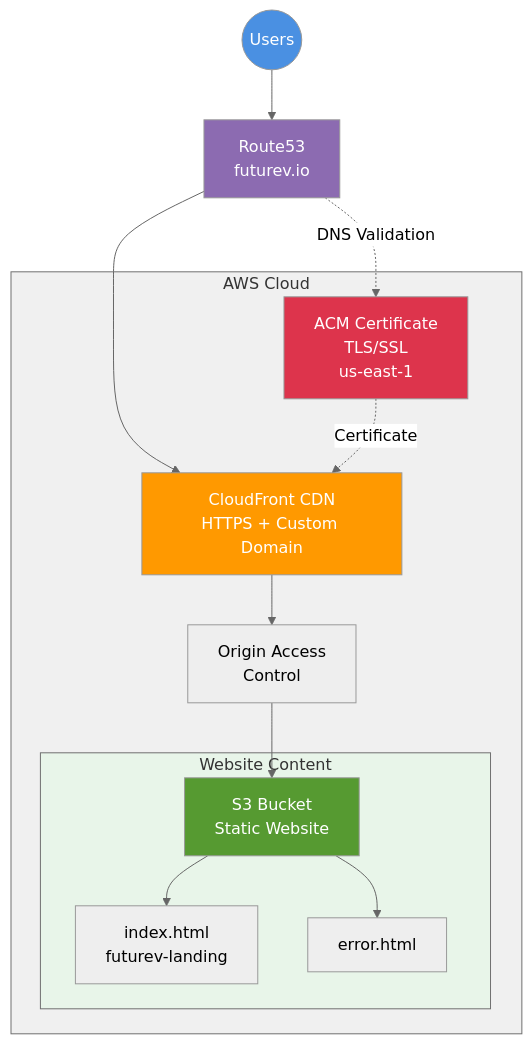
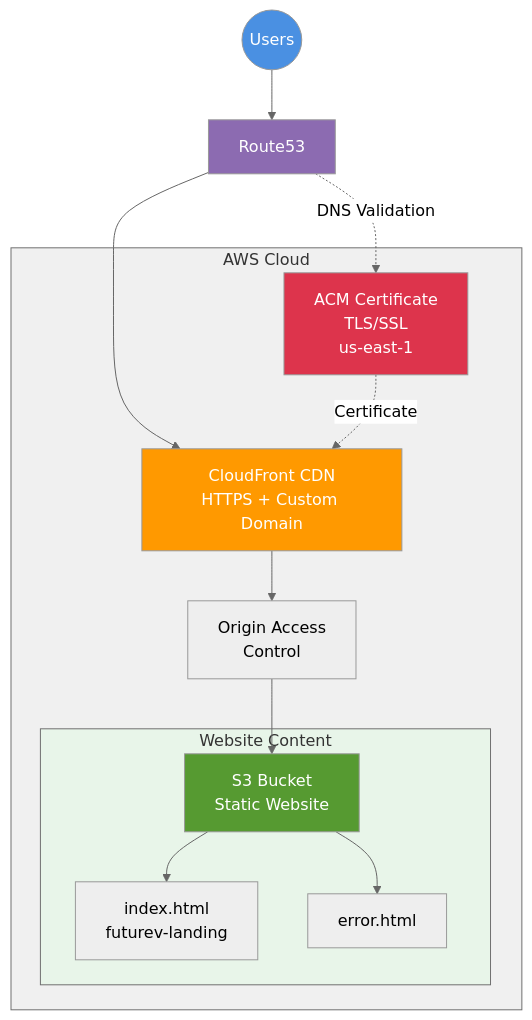
The diagram in terraform/live/aws/stacks/app5/README.md (vegatros/repo1), drawn with Mermaid (neutral theme) before and after one commit. The commit also changed 3 other files, not shown here.

Commit message:
remove domain references from diagrams

````diff
--- a/terraform/live/aws/stacks/app5/README.md
+++ b/terraform/live/aws/stacks/app5/README.md
@@ -7,28 +7,28 @@
 ```mermaid
 graph TB
-    Users((Users)) --> R53[Route53<br/>futurev.io]
+    Users((Users)) --> R53[Route53]
     R53 --> CF[CloudFront CDN<br/>HTTPS + Custom Domain]
     
     subgraph AWS["AWS Cloud"]
         CF --> OAC[Origin Access<br/>Control]
         OAC --> S3[S3 Bucket<br/>Static Website]
         
         ACM[ACM Certificate<br/>TLS/SSL<br/>us-east-1]
         
         subgraph Content["Website Content"]
             S3 --> HTML[index.html<br/>futurev-landing]
             S3 --> ERR[error.html]
         end
     end
     
     ACM -.->|Certificate| CF
     R53 -.->|DNS Validation| ACM
     
     style Users fill:#4a90e2,color:#fff
     style R53 fill:#8c6bb1,color:#fff
     style CF fill:#ff9900,color:#fff
     style S3 fill:#569a31,color:#fff
     style ACM fill:#dd344c,color:#fff
     style AWS fill:#f0f0f0
     style Content fill:#e8f5e9
 ```
````
